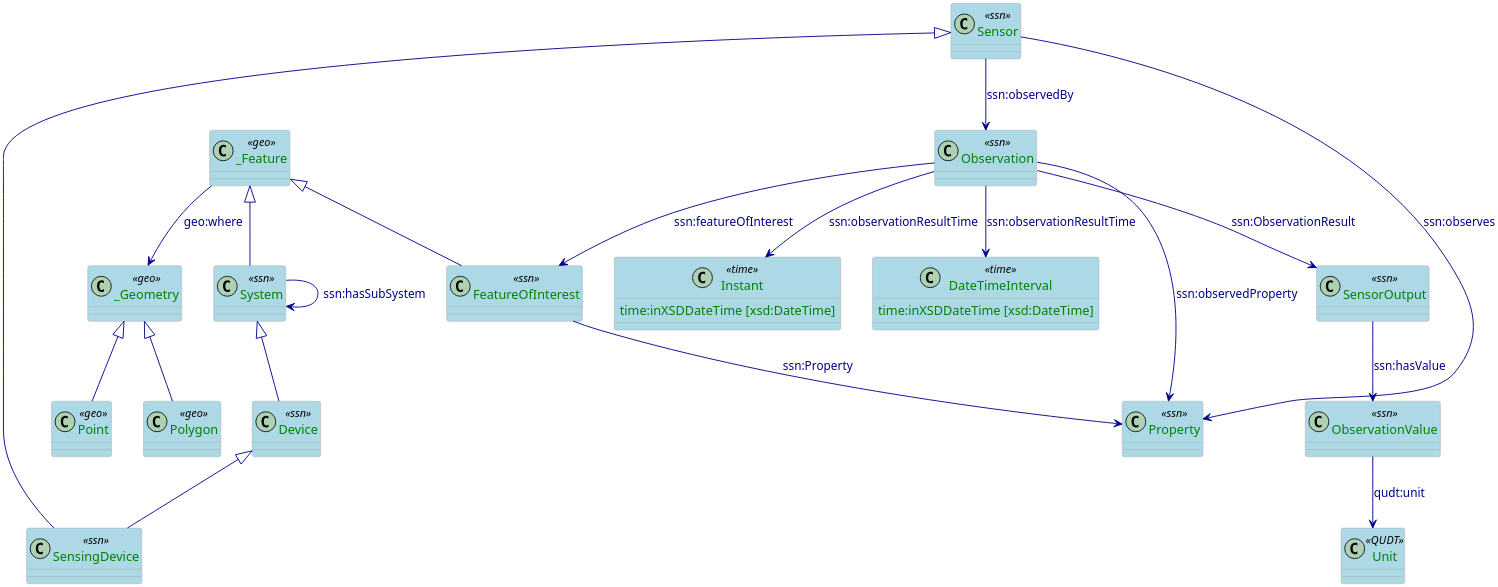
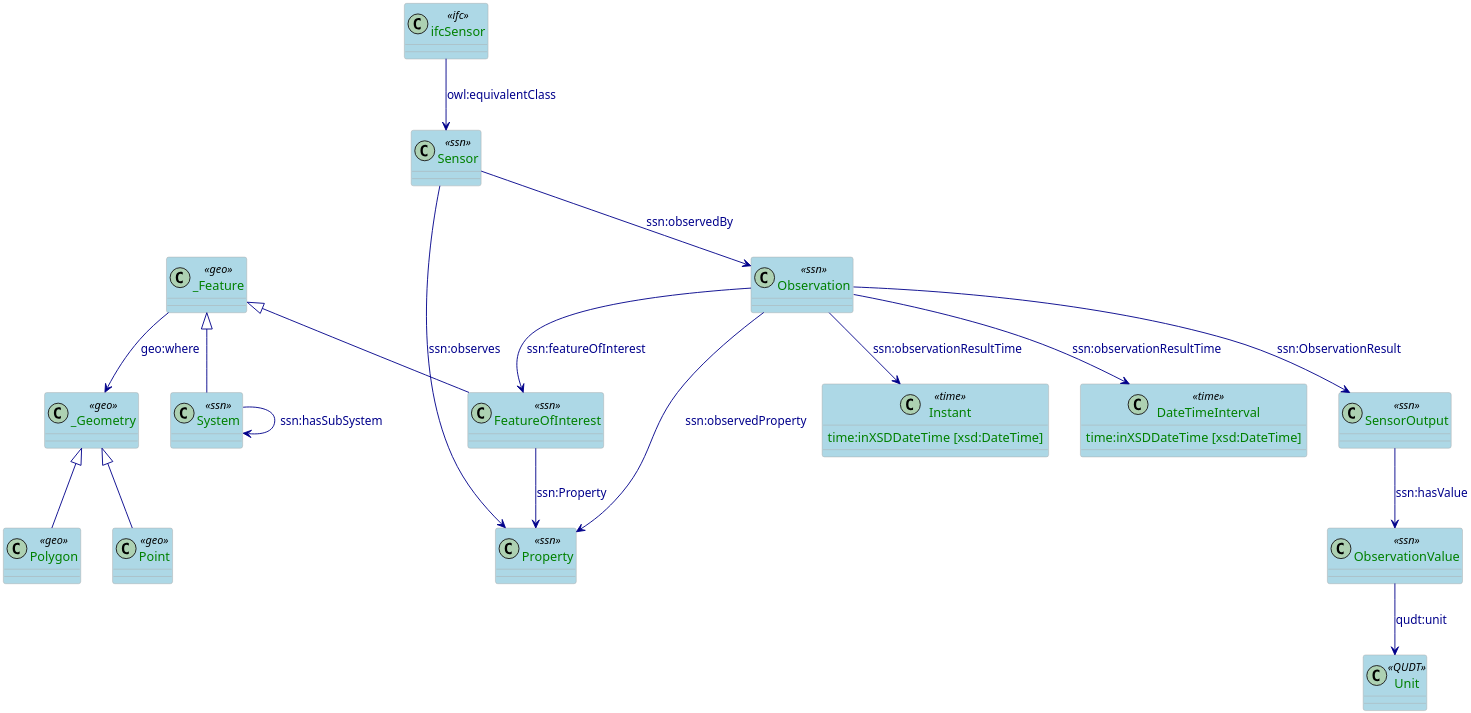
The diagram in docs/plantuml/SensorRepresentation.puml (HIT2GAP-EU-PROJECT/BEMOnt), drawn with PlantUML before and after one commit.

Commit message:
Create SensorRepresentation.puml
Add ifcSensor Equivalent ssnSensor
Remove Device and SensingDevice

```diff
--- a/docs/plantuml/SensorRepresentation.puml
+++ b/docs/plantuml/SensorRepresentation.puml
@@ -1,78 +1,74 @@
 @startuml
 
 skinparam class {
   ArrowColor DarkBlue
   ArrowFontColor DarkBlue
   BackgroundColor LightBlue
   BorderColor DarkGrey
 }
 skinparam dpi 300
 skinparam stereotypeCBackgroundColor Wheat
 skinparam classAttributeFontColor  Green
 
 
 /'
  Definition of the classes referring the SSN-core part
 '/
 class System <<ssn>>
-class Device <<ssn>>
 class Sensor <<ssn>>
-class SensingDevice <<ssn>>
 class Observation <<ssn>>
 class FeatureOfInterest <<ssn>>
 class Property <<ssn>>
 class SensorOutput <<ssn>>
 class ObservationValue <<ssn>>
 class Instant <<time>>{
     time:inXSDDateTime [xsd:DateTime]
 }
 class DateTimeInterval <<time>>{
     time:inXSDDateTime [xsd:DateTime]
 }
 class Unit <<QUDT>>
 
-
+class ifcSensor <<ifc>>
 
 /'
   Definition of the Geo-core part
 '/
 class _Feature <<geo>>
 class _Geometry <<geo>>
 class Point <<geo>>
 class Polygon <<geo>>
 
 
 /'
  Definition of the SSN model to model the sensor observation of the building
  facilities
 '/
 
 System --> System: ssn:hasSubSystem
-System <|-- Device
-Device <|-- SensingDevice
-Sensor <|-- SensingDevice
+ifcSensor --> Sensor: owl:equivalentClass
 Sensor --> Observation: ssn:observedBy
 Sensor --> Property: ssn:observes
 Observation --> FeatureOfInterest: ssn:featureOfInterest
 Observation --> Property: ssn:observedProperty
 FeatureOfInterest --> Property: ssn:Property
 Observation --> SensorOutput: ssn:ObservationResult
 SensorOutput --> ObservationValue: ssn:hasValue
 ObservationValue --> Unit: qudt:unit
 Observation --> Instant: ssn:observationResultTime
 Observation --> DateTimeInterval: ssn:observationResultTime
 
 /'
   Definition of the geospatial part using GeoOWL ontology
 '/
 
 _Feature --> _Geometry: geo:where
 _Geometry <|-- Point
 _Geometry <|-- Polygon
 
 _Feature <|-- FeatureOfInterest
 _Feature <|-- System
 
 
 
 @enduml
```
